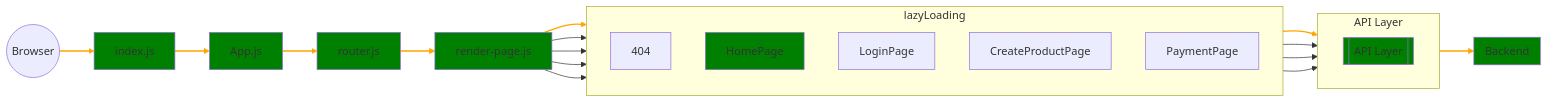
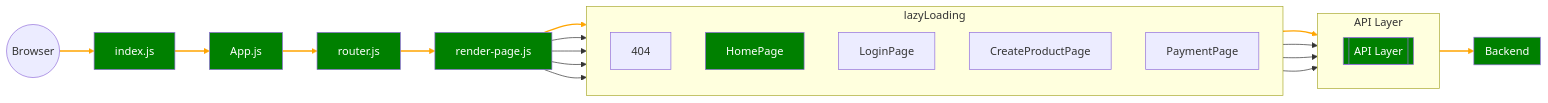
One commit to phantom603/online-store-finished changed the diagram in flow.md. Above: the diagram before and after it, drawn with Mermaid. The commit also changed 2 other files, not shown here.

Commit message:
update readme.md and mermaid diagram examples

````diff
--- a/flow.md
+++ b/flow.md
@@ -3,50 +3,50 @@
 ```mermaid
 flowchart LR
     user((Browser)) ==> Index[index.js]
 
     Index ==> App[App.js]
-    style Index fill:green
+    style Index fill:green,color:#fff
 
 
     App ==> Router[router.js]
-    style App fill:green
+    style App fill:green,color:#fff
 
     Router ==> RenderPage[render-page.js]
-    style Router fill:green
+    style Router fill:green,color:#fff
 
     RenderPage ==> HomePage ==> APILayer
-    style RenderPage fill:green
+    style RenderPage fill:green,color:#fff
 
     RenderPage --> LoginPage --> APILayer
     RenderPage --> CreateProductPage --> APILayer
     RenderPage --> PaymentPage --> APILayer
     RenderPage --> 404
 
-
     subgraph lazyLoading
        direction TB
 
        HomePage
-       style HomePage fill:green
+       style HomePage fill:green,color:#fff
 
        LoginPage
        CreateProductPage
        PaymentPage
        404
     end
 
     subgraph "API Layer"
        direction LR
        APILayer[[API Layer]]
-       style APILayer fill:green
+       style APILayer fill:green,color:#fff
     end
 
     subgraph Backend
-        style Backend fill:green
+        style Backend fill:green,color:#fff
         direction LR
     end
 
     APILayer ==> Backend
 
+    click HomePage href "https://github.com/dosandk/online-store-finished/blob/qa/src/pages/home/home-page.md" "This is a tooltip for a link"
     linkStyle 0,1,2,3,4,5,13 stroke:orange,stroke-width:2px
 ```
````
